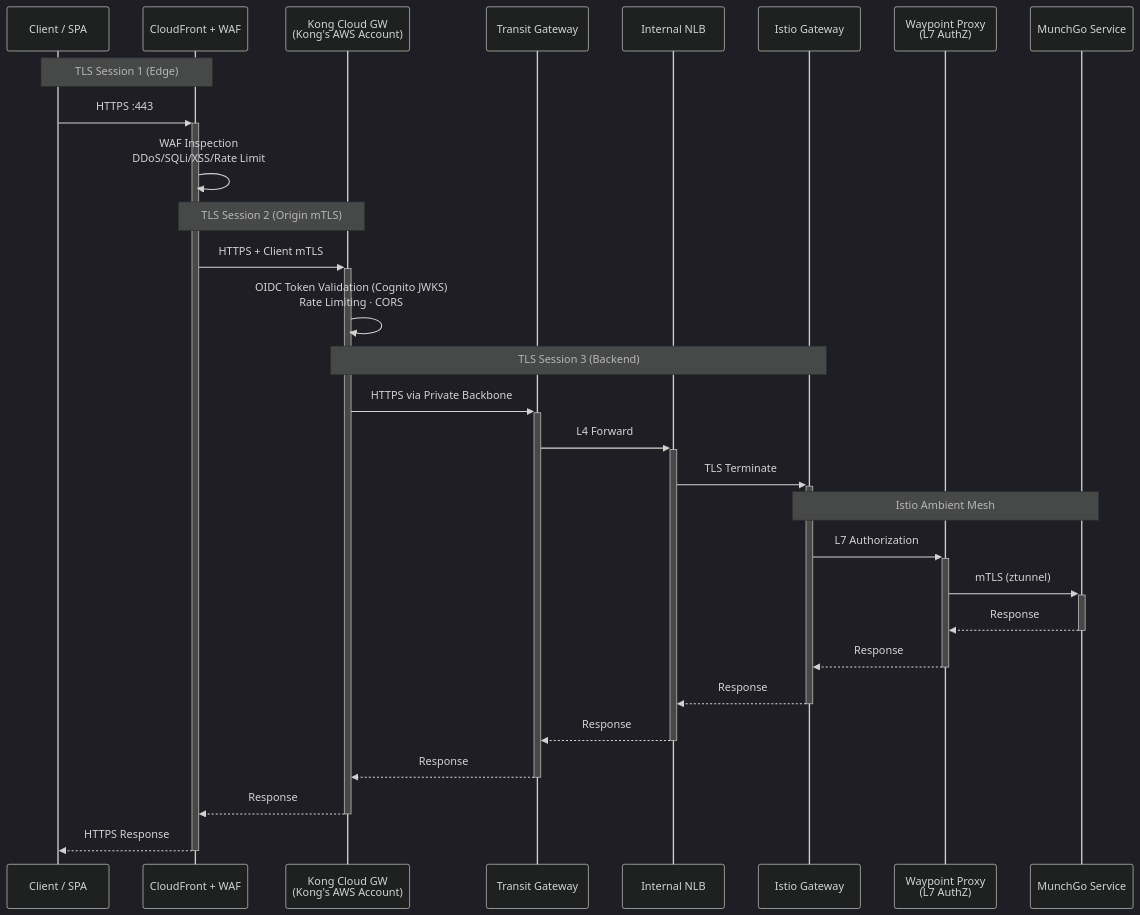
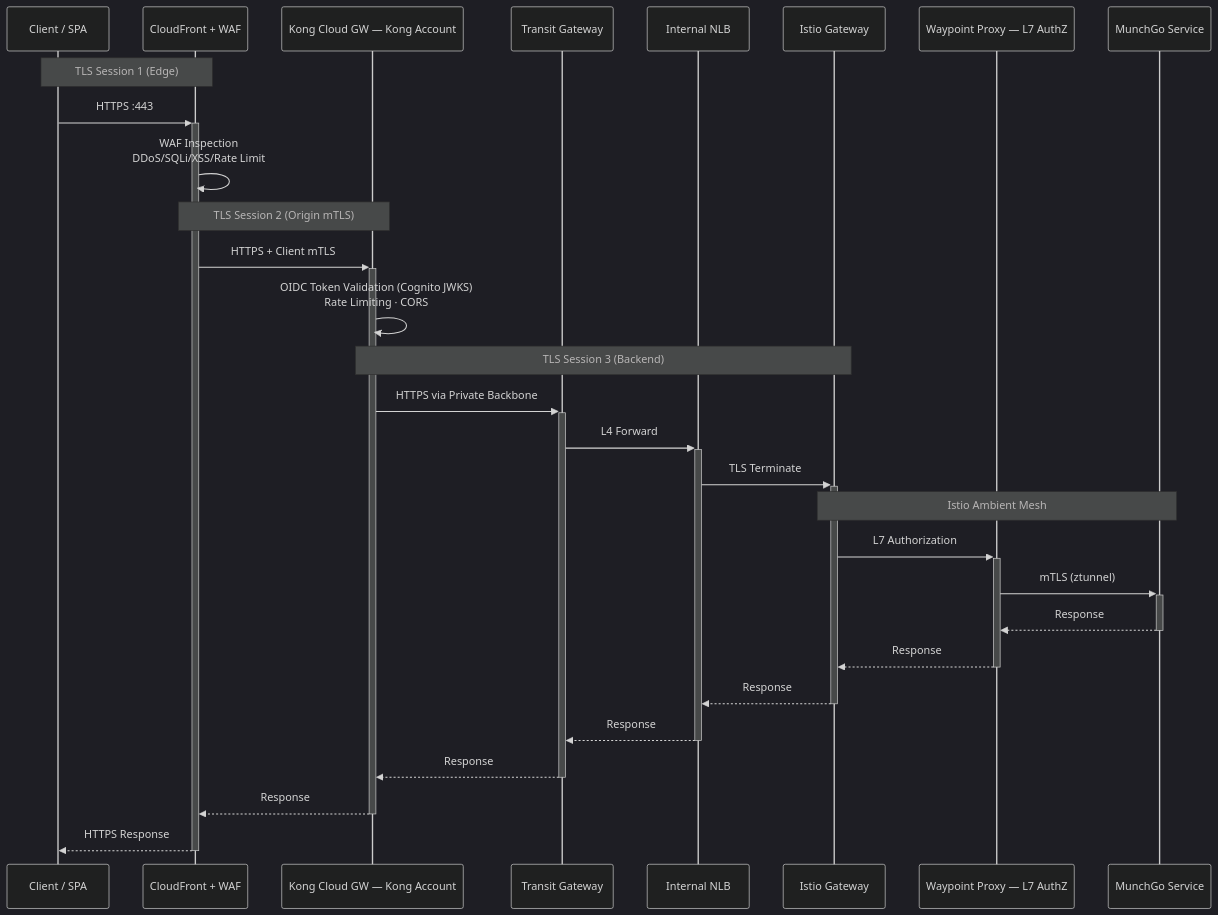
Before and after one commit to shanaka-versent/Kong-Konnect-Cloud-Gateway-on-EKS: the third of 20 diagrams in README.md, drawn with Mermaid (dark theme). The commit also changed other lines of this file, not shown here.

First line of the commit message:
Fix Mermaid diagram rendering — quote node labels with line breaks

````diff
--- a/README.md
+++ b/README.md
@@ -153,35 +153,35 @@
 ```mermaid
 sequenceDiagram
     participant C as Client / SPA
     participant CF as CloudFront + WAF
-    participant K as Kong Cloud GW<br/>(Kong's AWS Account)
+    participant K as Kong Cloud GW — Kong Account
     participant TGW as Transit Gateway
     participant NLB as Internal NLB
     participant IG as Istio Gateway
-    participant WP as Waypoint Proxy<br/>(L7 AuthZ)
+    participant WP as Waypoint Proxy — L7 AuthZ
     participant App as MunchGo Service
 
     Note over C,CF: TLS Session 1 (Edge)
     C->>+CF: HTTPS :443
     CF->>CF: WAF Inspection<br/>DDoS/SQLi/XSS/Rate Limit
 
     Note over CF,K: TLS Session 2 (Origin mTLS)
     CF->>+K: HTTPS + Client mTLS
     K->>K: OIDC Token Validation (Cognito JWKS)<br/>Rate Limiting · CORS
 
     Note over K,IG: TLS Session 3 (Backend)
     K->>+TGW: HTTPS via Private Backbone
     TGW->>+NLB: L4 Forward
     NLB->>+IG: TLS Terminate
 
     Note over IG,App: Istio Ambient Mesh
     IG->>+WP: L7 Authorization
     WP->>+App: mTLS (ztunnel)
     App-->>-WP: Response
     WP-->>-IG: Response
     IG-->>-NLB: Response
     NLB-->>-TGW: Response
     TGW-->>-K: Response
     K-->>-CF: Response
     CF-->>-C: HTTPS Response
 ```
````
